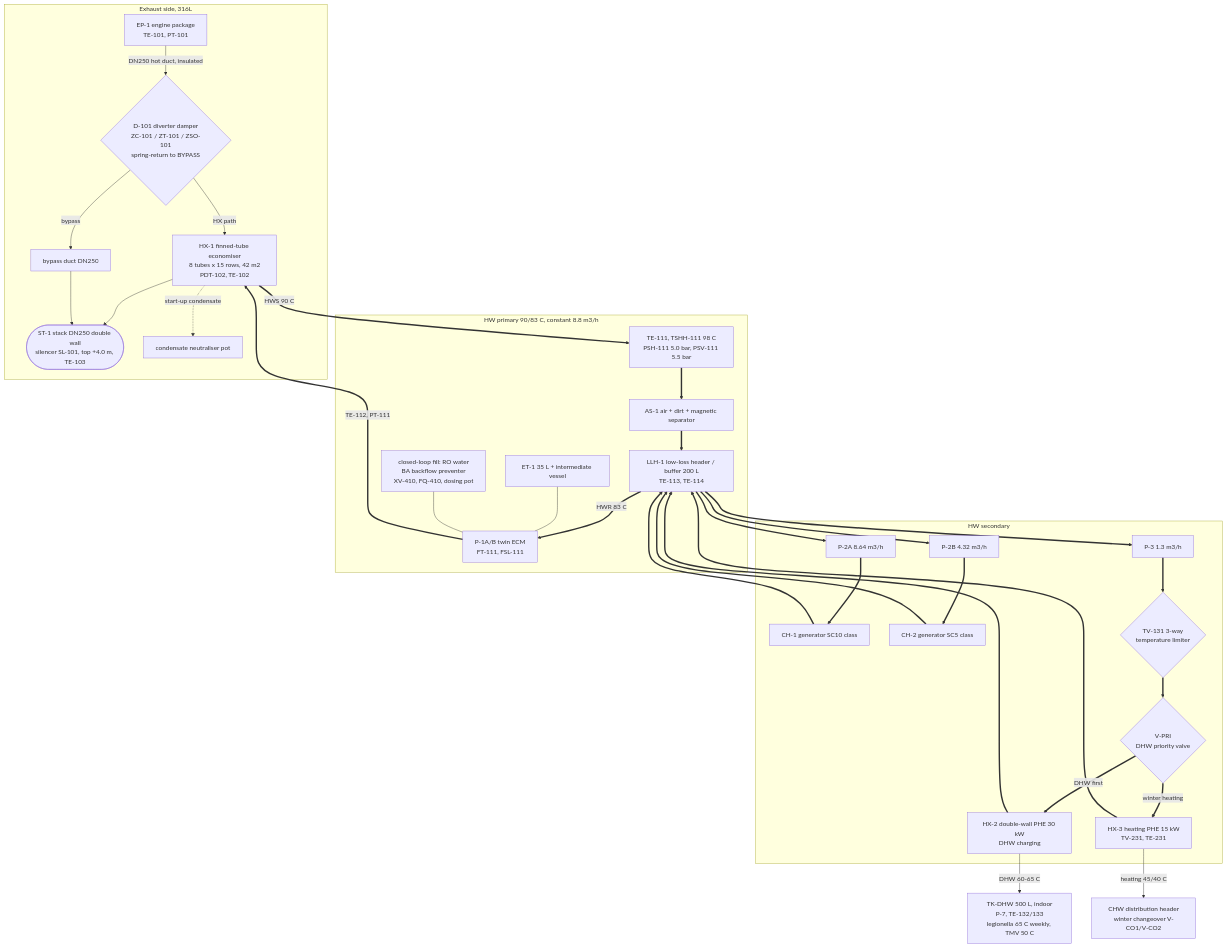
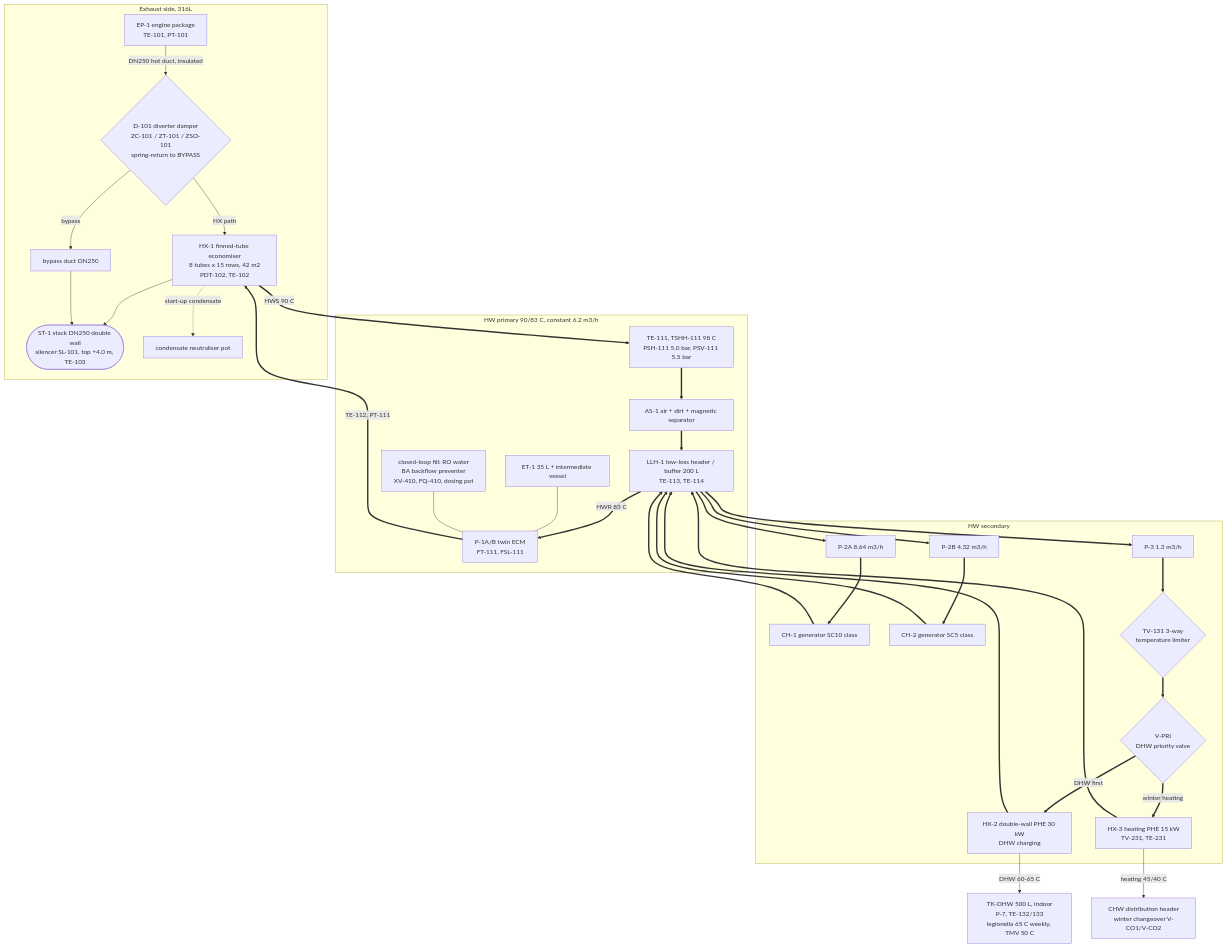
Before and after one commit to ahmadreza221/aurora-cchp: the second of 4 diagrams in docs/hvac/01_pid.md, drawn with Mermaid. The commit also changed other lines of this file and 33 other files, not shown here.

````diff
--- a/docs/hvac/01_pid.md
+++ b/docs/hvac/01_pid.md
@@ -46,58 +46,58 @@
 ```mermaid
 flowchart TB
   subgraph EX["Exhaust side, 316L"]
     ENG["EP-1 engine package<br/>TE-101, PT-101"]
     D101{"D-101 diverter damper<br/>ZC-101 / ZT-101 / ZSO-101<br/>spring-return to BYPASS"}
     HX1["HX-1 finned-tube economiser<br/>8 tubes x 15 rows, 42 m2<br/>PDT-102, TE-102"]
     BYP["bypass duct DN250"]
     ST1(["ST-1 stack DN250 double wall<br/>silencer SL-101, top +4.0 m, TE-103"])
     NP["condensate neutraliser pot"]
     ENG -->|"DN250 hot duct, insulated"| D101
     D101 -->|"HX path"| HX1
     D101 -->|"bypass"| BYP
     HX1 --> ST1
     BYP --> ST1
     HX1 -.->|"start-up condensate"| NP
   end
-  subgraph HWP["HW primary 90/83 C, constant 8.8 m3/h"]
+  subgraph HWP["HW primary 90/83 C, constant 6.2 m3/h"]
     SAF["TE-111, TSHH-111 98 C<br/>PSH-111 5.0 bar, PSV-111 5.5 bar"]
     AS1["AS-1 air + dirt + magnetic separator"]
     LLH["LLH-1 low-loss header / buffer 200 L<br/>TE-113, TE-114"]
     P1["P-1A/B twin ECM<br/>FT-111, FSL-111"]
     ET1["ET-1 35 L + intermediate vessel"]
     FILL["closed-loop fill: RO water<br/>BA backflow preventer<br/>XV-410, FQ-410, dosing pot"]
     SAF ==> AS1 ==> LLH
     LLH ==>|"HWR 83 C"| P1
     ET1 --- P1
     FILL --- P1
   end
   subgraph HWS["HW secondary"]
     P2A["P-2A 8.64 m3/h"]
     G1["CH-1 generator SC10 class"]
     P2B["P-2B 4.32 m3/h"]
     G2["CH-2 generator SC5 class"]
     P3["P-3 1.3 m3/h"]
     TV131{"TV-131 3-way<br/>temperature limiter"}
     VPRI{"V-PRI<br/>DHW priority valve"}
     HX2["HX-2 double-wall PHE 30 kW<br/>DHW charging"]
     HX3["HX-3 heating PHE 15 kW<br/>TV-231, TE-231"]
     P2A ==> G1
     P2B ==> G2
     P3 ==> TV131 ==> VPRI
     VPRI ==>|"DHW first"| HX2
     VPRI ==>|"winter heating"| HX3
   end
   DHW["TK-DHW 500 L, indoor<br/>P-7, TE-132/133<br/>legionella 65 C weekly, TMV 50 C"]
   CHWNET["CHW distribution header<br/>winter changeover V-CO1/V-CO2"]
   HX1 ==>|"HWS 90 C"| SAF
   P1 ==>|"TE-112, PT-111"| HX1
   LLH ==> P2A
   LLH ==> P2B
   LLH ==> P3
   G1 ==> LLH
   G2 ==> LLH
   HX2 ==> LLH
   HX3 ==> LLH
   HX2 -->|"DHW 60-65 C"| DHW
   HX3 -->|"heating 45/40 C"| CHWNET
 ```
````
